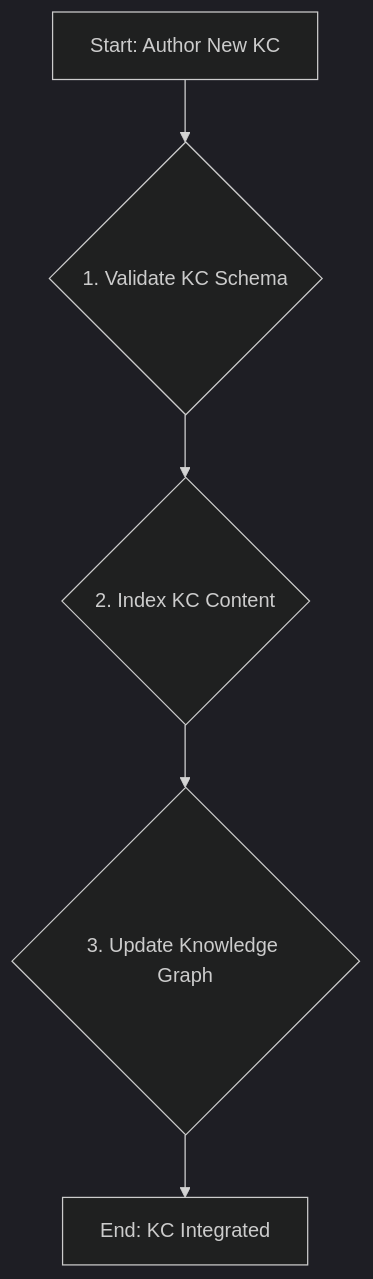
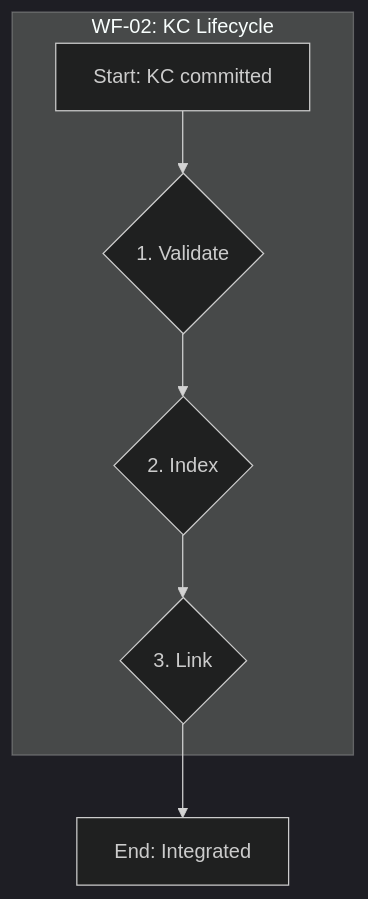
Before and after one commit to GatoaoCubo/cex: the second of 3 diagrams in N04_knowledge/orchestration/workflow_knowledge.md, drawn with Mermaid (dark theme). The commit also changed other lines of this file and 19 other files, not shown here.

````diff
--- a/N04_knowledge/orchestration/workflow_knowledge.md
+++ b/N04_knowledge/orchestration/workflow_knowledge.md
@@ -73,7 +60,9 @@
 ```mermaid
 graph TD
-    A[Start: Author New KC] --> B{1. Validate KC Schema};
-    B --> C{2. Index KC Content};
-    C --> D{3. Update Knowledge Graph};
-    D --> E[End: KC Integrated];
+    subgraph WF-02: KC Lifecycle
+        A[Start: KC committed] --> B{1. Validate};
+        B --> C{2. Index};
+        C --> D{3. Link};
+    end
+    D --> E[End: Integrated];
 ```
````
